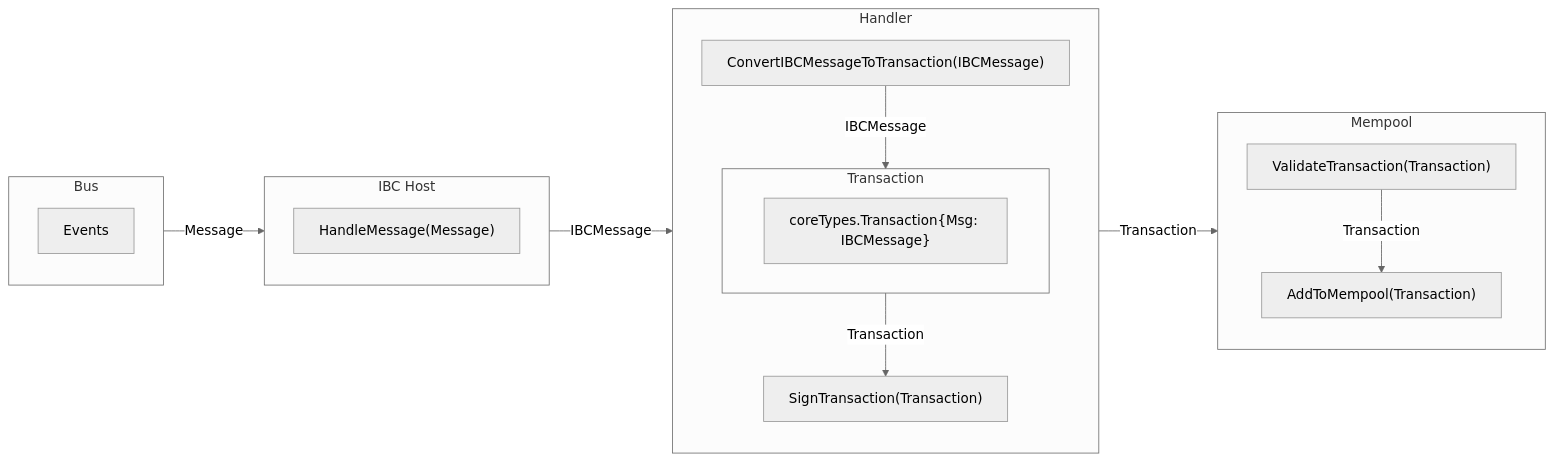
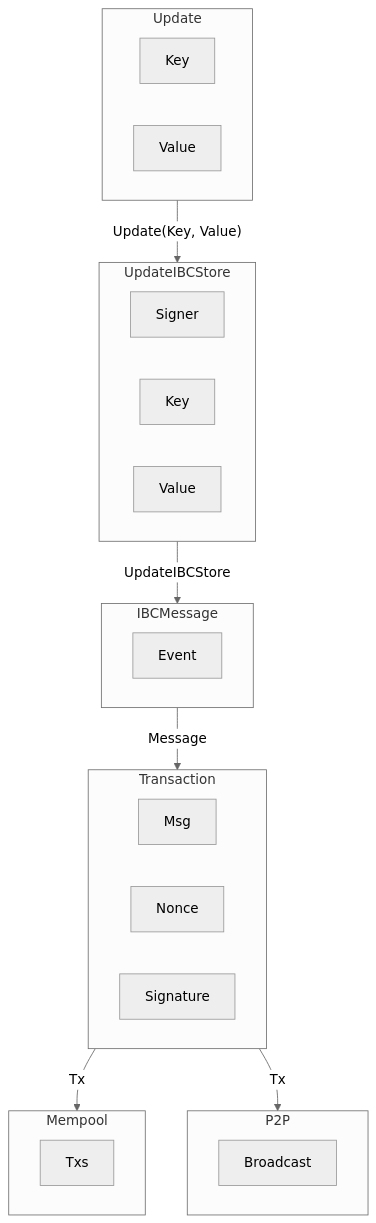
The second of 2 diagrams in ibc/docs/ics24.md (pokt-network/pocket), drawn with Mermaid (neutral theme) before and after one commit. The commit also changed other lines of this file and 38 other files, not shown here.

First line of the commit message:
[IBC] Make the IBC Host a submodule with access to the bus (#868)

````diff
--- a/ibc/docs/ics24.md
+++ b/ibc/docs/ics24.md
@@ -138,26 +150,31 @@
 ```mermaid
-graph LR
-  subgraph Bus
-    A[Events]
+graph TD
+  subgraph Update
+    A[Key]
+    B[Value]
   end
-  subgraph I[IBC Host]
-    I1["HandleMessage(Message)"]
+  subgraph UpdateIBCStore
+    C[Signer]
+    D[Key]
+    E[Value]
   end
-  subgraph Handler
-    H1["ConvertIBCMessageToTransaction(IBCMessage)"]
-    subgraph Transaction
-      T1["coreTypes.Transaction{Msg: IBCMessage}"]
-    end
-    H2["SignTransaction(Transaction)"]
+  subgraph IBCMessage
+    F[Event]
+  end
+  subgraph Transaction
+    G[Msg]
+    H[Nonce]
+    I[Signature]
   end
   subgraph Mempool
-    M1["ValidateTransaction(Transaction)"]
-    M2["AddToMempool(Transaction)"]
+    J[Txs]
   end
-  Bus--Message-->I
-  I--IBCMessage-->Handler
-  H1--IBCMessage-->Transaction
-  Transaction--Transaction-->H2
-  Handler--Transaction-->Mempool
-  M1--Transaction-->M2
+  subgraph P2P
+    K[Broadcast]
+  end
+  Update -- "Update(Key, Value)" --> UpdateIBCStore
+  UpdateIBCStore -- UpdateIBCStore --> IBCMessage
+  IBCMessage -- Message --> Transaction
+  Transaction -- Tx --> Mempool
+  Transaction -- Tx --> P2P
 ```
````
